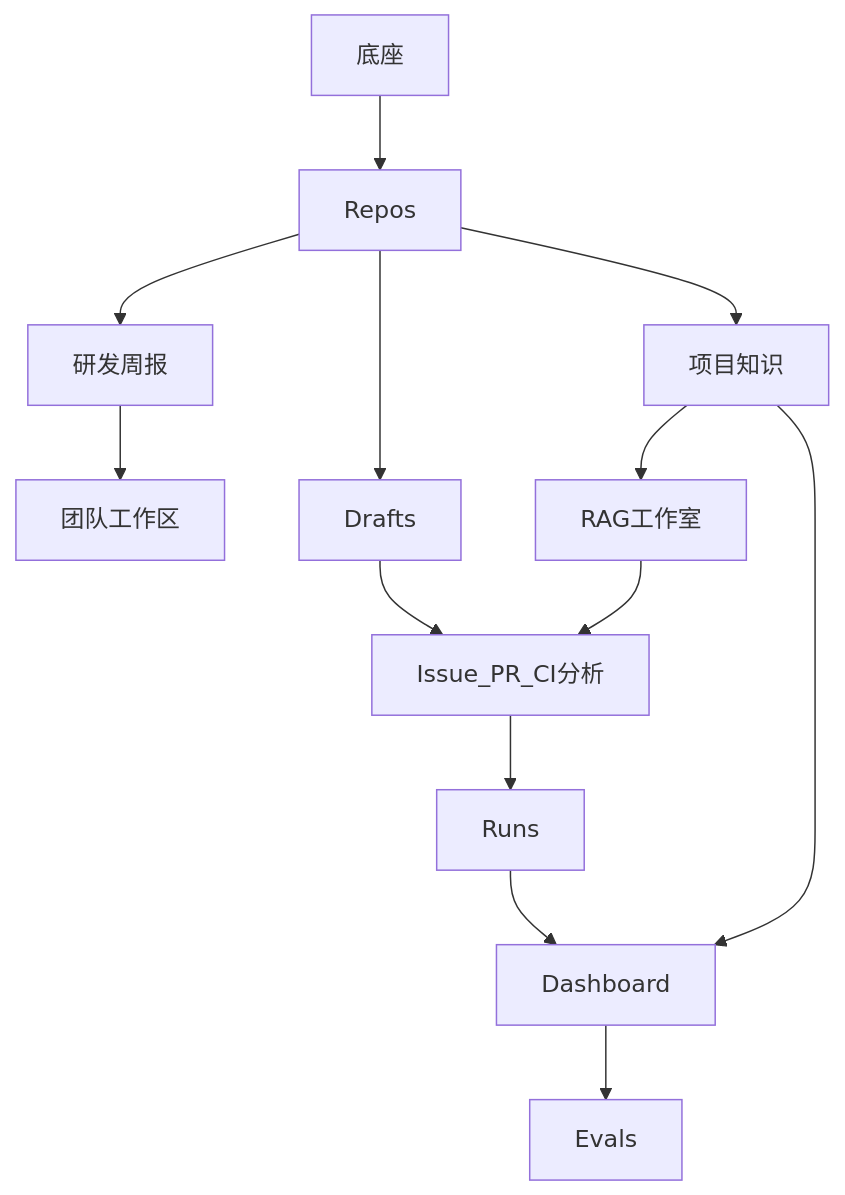
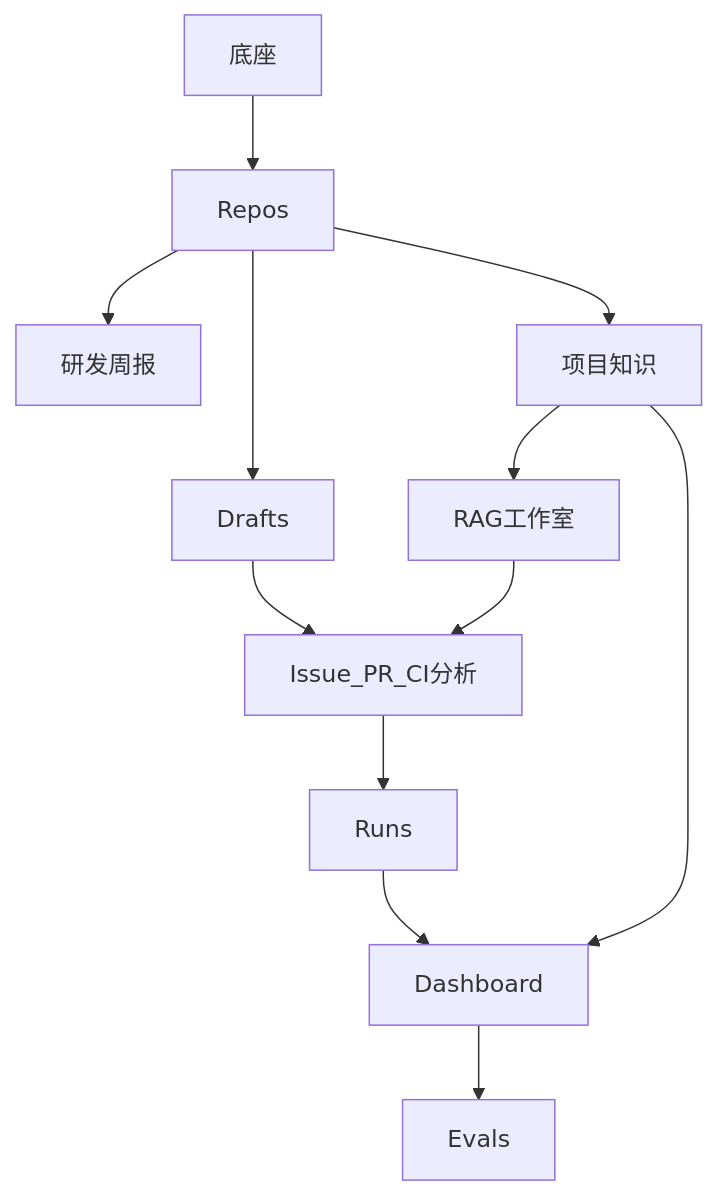
Before and after one commit to rdd0820/DevFlow: the diagram in .cursor/plans/dashboard_先行实施_16541b0e.plan.md, drawn with Mermaid. The commit also changed other lines of this file and 2 other files, not shown here.

````diff
--- a/.cursor/plans/dashboard_先行实施_16541b0e.plan.md
+++ b/.cursor/plans/dashboard_先行实施_16541b0e.plan.md
@@ -71,26 +74,24 @@
 ```mermaid
 flowchart TD
   base[底座]
   repos[Repos]
   report[研发周报]
-  workspace[团队工作区]
   drafts[Drafts]
   knowledge[项目知识]
   rag[RAG工作室]
   agents[Issue_PR_CI分析]
   runs[Runs]
   dash[Dashboard]
   evals[Evals]
   base --> repos
   repos --> report
-  report --> workspace
   repos --> drafts
   repos --> knowledge
   knowledge --> rag
   rag --> agents
   drafts --> agents
   agents --> runs
   runs --> dash
   knowledge --> dash
   dash --> evals
 ```
````
